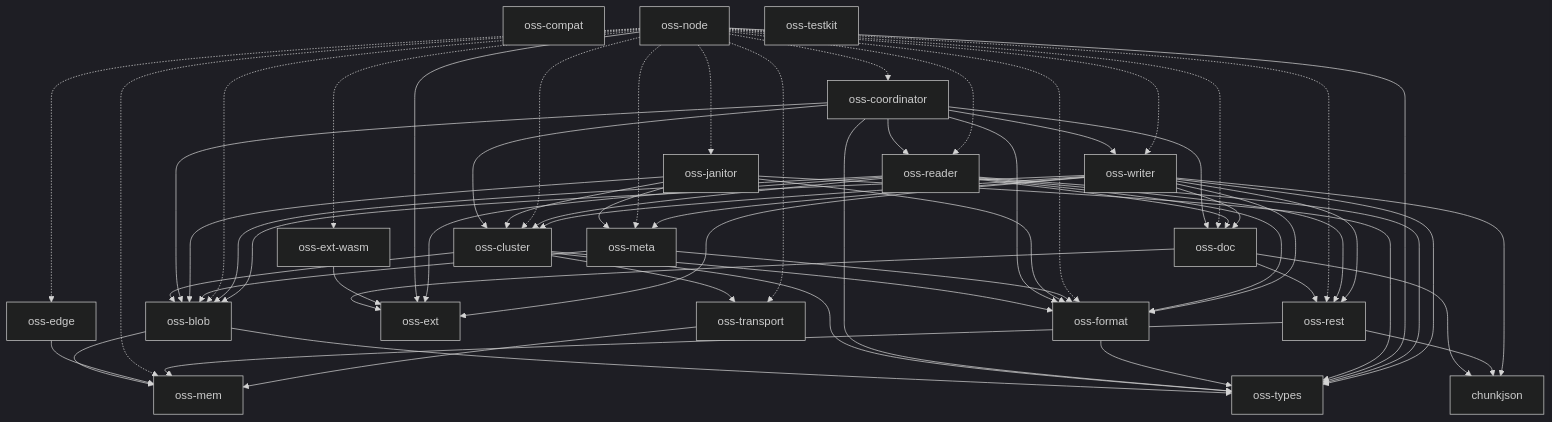
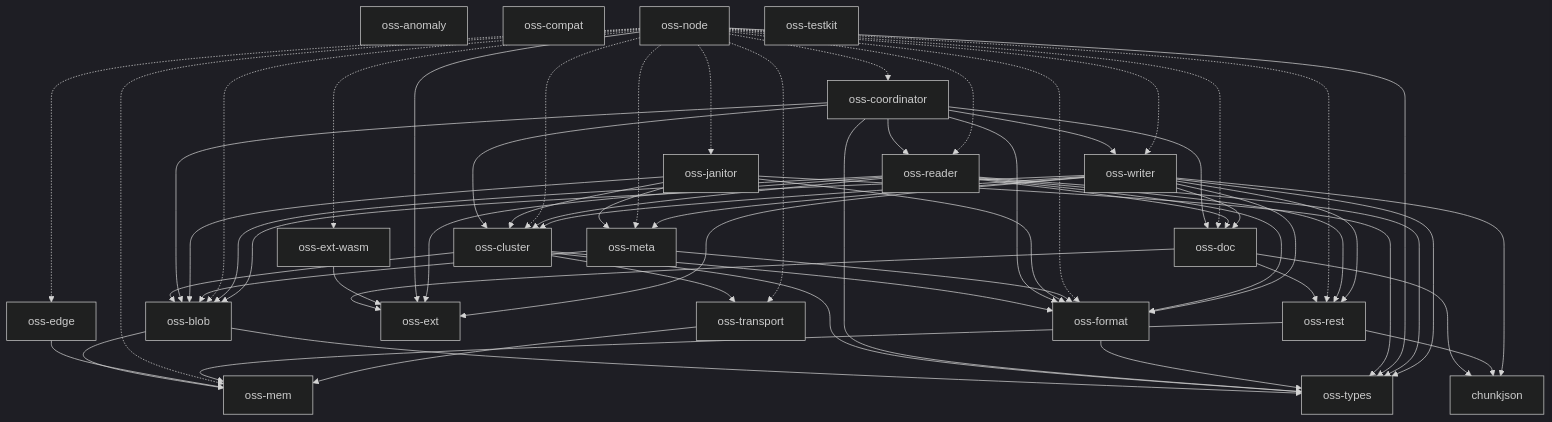
The diagram in docs/architecture.md (huyz0/opensearch-serverless), drawn with Mermaid (dark theme) before and after one commit. The commit also changed other lines of this file and 24 other files, not shown here.

````diff
--- a/docs/architecture.md
+++ b/docs/architecture.md
@@ -10,70 +10,71 @@
 ```mermaid
 graph TD
     chunkjson
+    oss-anomaly
     oss-blob --> oss-mem
     oss-blob --> oss-types
     oss-cluster --> oss-blob
     oss-cluster --> oss-format
     oss-cluster --> oss-transport
     oss-cluster --> oss-types
     oss-compat
     oss-coordinator --> oss-blob
     oss-coordinator --> oss-cluster
     oss-coordinator --> oss-doc
     oss-coordinator --> oss-format
     oss-coordinator --> oss-reader
     oss-coordinator --> oss-types
     oss-coordinator --> oss-writer
     oss-doc --> chunkjson
     oss-doc --> oss-ext
     oss-doc --> oss-rest
     oss-edge --> oss-mem
     oss-ext
     oss-ext-wasm --> oss-ext
     oss-format --> oss-types
     oss-janitor --> oss-blob
     oss-janitor --> oss-cluster
     oss-janitor --> oss-format
     oss-janitor --> oss-meta
     oss-janitor --> oss-types
     oss-mem
     oss-meta --> oss-blob
     oss-meta --> oss-format
     oss-node -.-> oss-blob
     oss-node -.-> oss-cluster
     oss-node -.-> oss-coordinator
     oss-node -.-> oss-doc
     oss-node -.-> oss-edge
     oss-node --> oss-ext
     oss-node -.-> oss-ext-wasm
     oss-node -.-> oss-format
     oss-node -.-> oss-janitor
     oss-node -.-> oss-mem
     oss-node -.-> oss-meta
     oss-node -.-> oss-reader
     oss-node -.-> oss-rest
     oss-node -.-> oss-transport
     oss-node --> oss-types
     oss-node -.-> oss-writer
     oss-reader --> oss-blob
     oss-reader --> oss-cluster
     oss-reader --> oss-doc
     oss-reader --> oss-ext
     oss-reader --> oss-format
     oss-reader --> oss-rest
     oss-reader --> oss-types
     oss-rest --> chunkjson
     oss-rest --> oss-mem
     oss-testkit
     oss-transport --> oss-mem
     oss-types
     oss-writer --> chunkjson
     oss-writer --> oss-blob
     oss-writer --> oss-cluster
     oss-writer --> oss-doc
     oss-writer --> oss-ext
     oss-writer --> oss-format
     oss-writer --> oss-meta
     oss-writer --> oss-rest
     oss-writer --> oss-types
 ```
````
